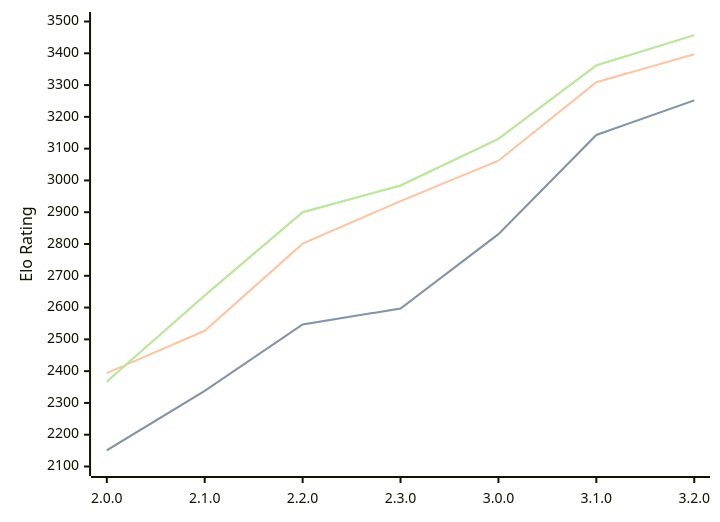
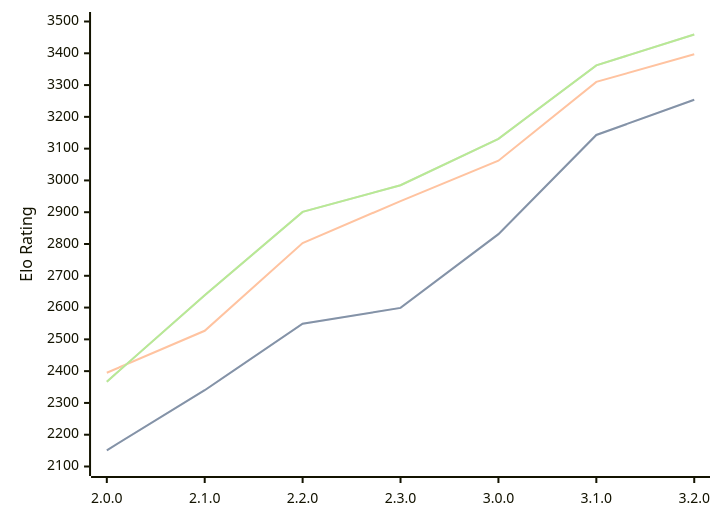
The diagram in engines/Raphael.md (computer-chess-index/cci), drawn with Mermaid before and after one commit. The commit also changed other lines of this file, not shown here.

Commit message:
Update CCI Ratings (ELO VLTC) - 2026-03-28

````diff
--- a/engines/Raphael.md
+++ b/engines/Raphael.md
@@ -49,11 +49,11 @@
 ```mermaid
 %%{init: {"theme":"base","themeVariables":{"seriesColors:['#a3a3a3','#222221','#faa371']}}}%%
 xychart-beta
   x-axis ["2.0.0", "2.1.0", "2.2.0", "2.3.0", "3.0.0", "3.1.0", "3.2.0"]
   y-axis "Elo Rating" 2100 --> 3500
-  line "STC (8.0+0.08s)" [2151, 2338, 2547, 2597, 2831, 3143, 3252]
-  line "STC (8.0+0.08s)" [2151, 2338, 2547, 2597, 2831, 3143, 3252]
-  line "LTC (60.0+0.60s)" [2394, 2527, 2801, 2935, 3062, 3309, 3397]
-  line "VLTC (2m24s+1.12s)" [2367, 2638, 2900, 2984, 3131, 3362, 3457]
-  line "VLTC (2m24s+1.12s)" [2367, 2638, 2900, 2984, 3131, 3362, 3457]
+  line "STC (8.0+0.08s)" [2151, 2340, 2549, 2599, 2831, 3143, 3254]
+  line "STC (8.0+0.08s)" [2151, 2340, 2549, 2599, 2831, 3143, 3254]
+  line "LTC (60.0+0.60s)" [2395, 2527, 2803, 2935, 3062, 3310, 3397]
+  line "VLTC (2m24s+1.12s)" [2367, 2639, 2901, 2985, 3131, 3362, 3459]
+  line "VLTC (2m24s+1.12s)" [2367, 2639, 2901, 2985, 3131, 3362, 3459]
 ```
````
